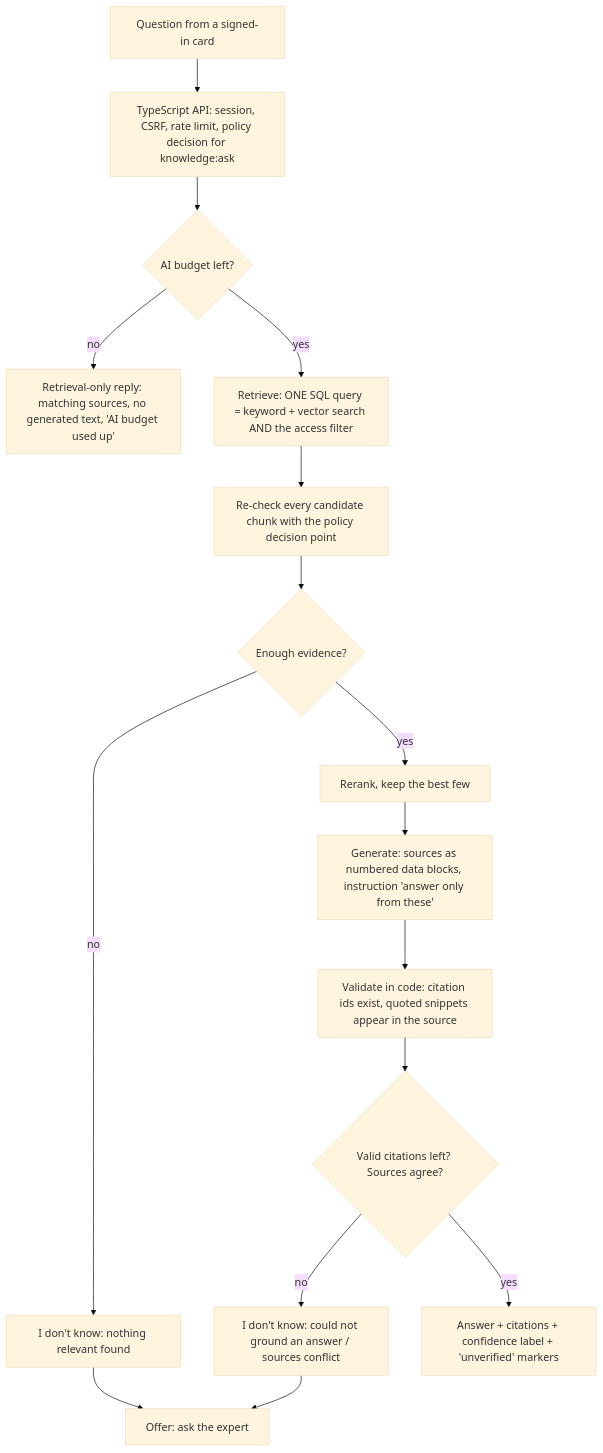
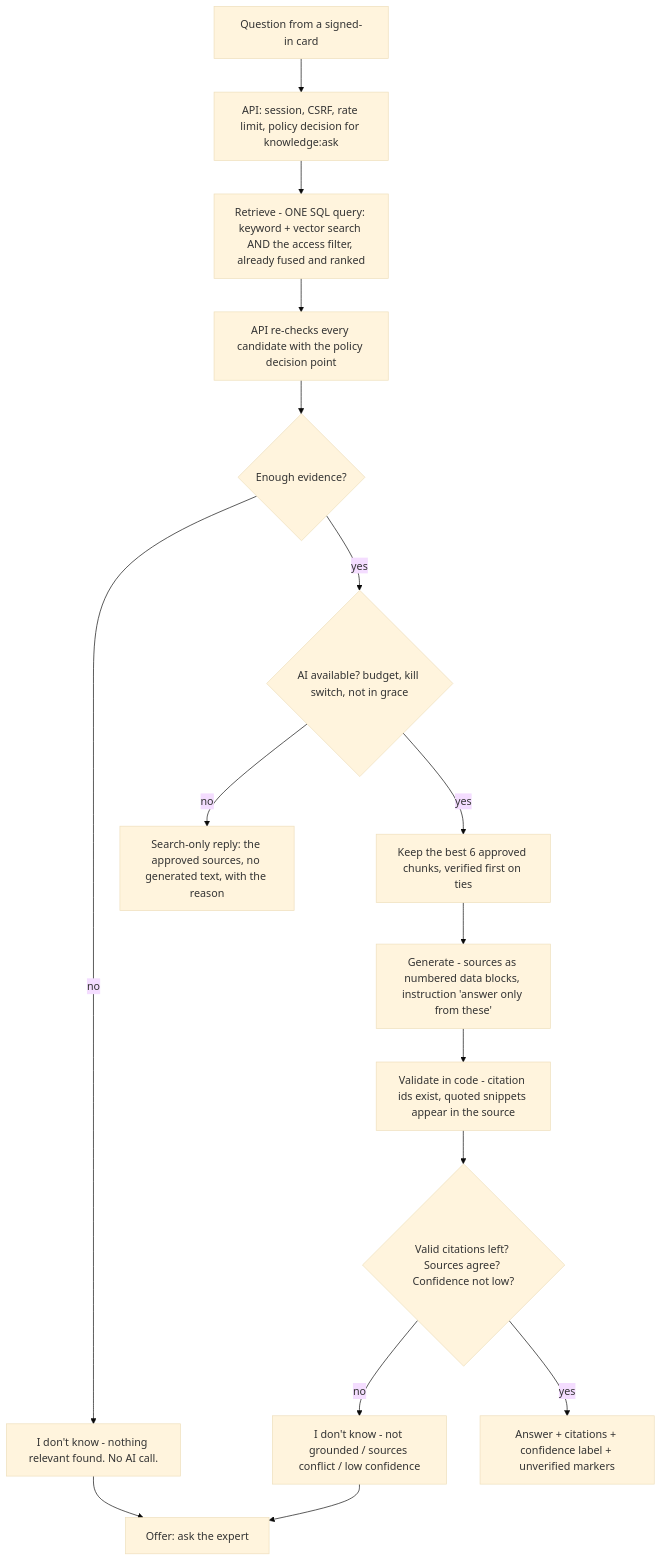
Before and after one commit to Rmasood1122/LegacyAI: the third of 6 diagrams in docs/phase2/06-verification-and-proof.md, drawn with Mermaid (base theme). The commit also changed other lines of this file and 11 other files, not shown here.

````diff
--- a/docs/phase2/06-verification-and-proof.md
+++ b/docs/phase2/06-verification-and-proof.md
@@ -147,18 +174,18 @@
 ```mermaid
 flowchart TD
-    Q[Question from a signed-in card] --> P[TypeScript API: session, CSRF, rate limit, policy decision for knowledge:ask]
-    P --> B{AI budget left?}
-    B -- no --> R0[Retrieval-only reply: matching sources, no generated text, 'AI budget used up']
-    B -- yes --> RET[Retrieve: ONE SQL query = keyword + vector search AND the access filter]
-    RET --> RC[Re-check every candidate chunk with the policy decision point]
+    Q[Question from a signed-in card] --> P[API: session, CSRF, rate limit, policy decision for knowledge:ask]
+    P --> RET[Retrieve - ONE SQL query: keyword + vector search AND the access filter, already fused and ranked]
+    RET --> RC[API re-checks every candidate with the policy decision point]
     RC --> C1{Enough evidence?}
-    C1 -- no --> IDK1[I don't know: nothing relevant found]
-    C1 -- yes --> RR[Rerank, keep the best few]
-    RR --> G[Generate: sources as numbered data blocks, instruction 'answer only from these']
-    G --> V[Validate in code: citation ids exist, quoted snippets appear in the source]
-    V --> C2{Valid citations left? Sources agree?}
-    C2 -- no --> IDK2[I don't know: could not ground an answer / sources conflict]
-    C2 -- yes --> A[Answer + citations + confidence label + 'unverified' markers]
+    C1 -- no --> IDK1[I don't know - nothing relevant found. No AI call.]
+    C1 -- yes --> B{AI available? budget, kill switch, not in grace}
+    B -- no --> R0[Search-only reply: the approved sources, no generated text, with the reason]
+    B -- yes --> TOP[Keep the best 6 approved chunks, verified first on ties]
+    TOP --> G[Generate - sources as numbered data blocks, instruction 'answer only from these']
+    G --> V[Validate in code - citation ids exist, quoted snippets appear in the source]
+    V --> C2{Valid citations left? Sources agree? Confidence not low?}
+    C2 -- no --> IDK2[I don't know - not grounded / sources conflict / low confidence]
+    C2 -- yes --> A[Answer + citations + confidence label + unverified markers]
     IDK1 --> O[Offer: ask the expert]
     IDK2 --> O
 ```
````
